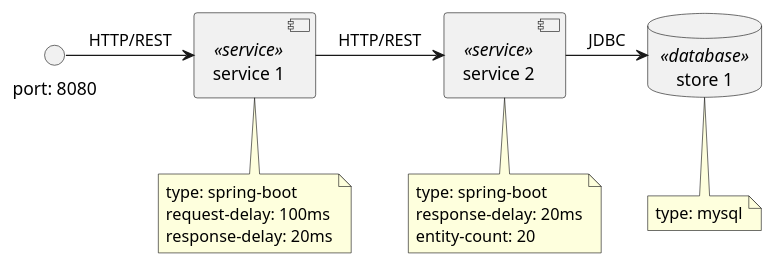
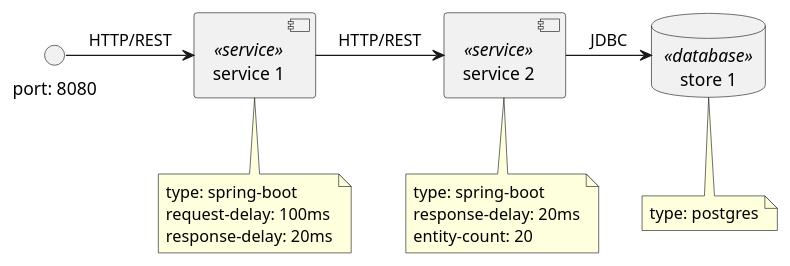
One commit to iteratec/microzoo changed the diagram in scenarios/basic.puml. Above: the diagram before and after it, drawn with PlantUML. The commit also changed 5 other files, not shown here.

```diff
--- a/scenarios/basic.puml
+++ b/scenarios/basic.puml
@@ -1,30 +1,30 @@
 @startuml
 
 database "store 1" <<database>>
 note bottom of "store 1" {
-    type: mysql
+    type: postgres
 }
 
 component "service 1" <<service>>
 note bottom of "service 1" {
     type: spring-boot
     request-delay: 100ms
     response-delay: 20ms
 }
 
 component "service 2" <<service>>
 note bottom of "service 2" {
     type: spring-boot
     response-delay: 20ms
     entity-count: 20
 }
 
 interface "port: 8080"
 
 [service 1] -> [service 2]: HTTP/REST
 
 [service 2] -> [store 1]: JDBC
 
 [port: 8080] -> [service 1]: HTTP/REST
 
 @enduml
```
